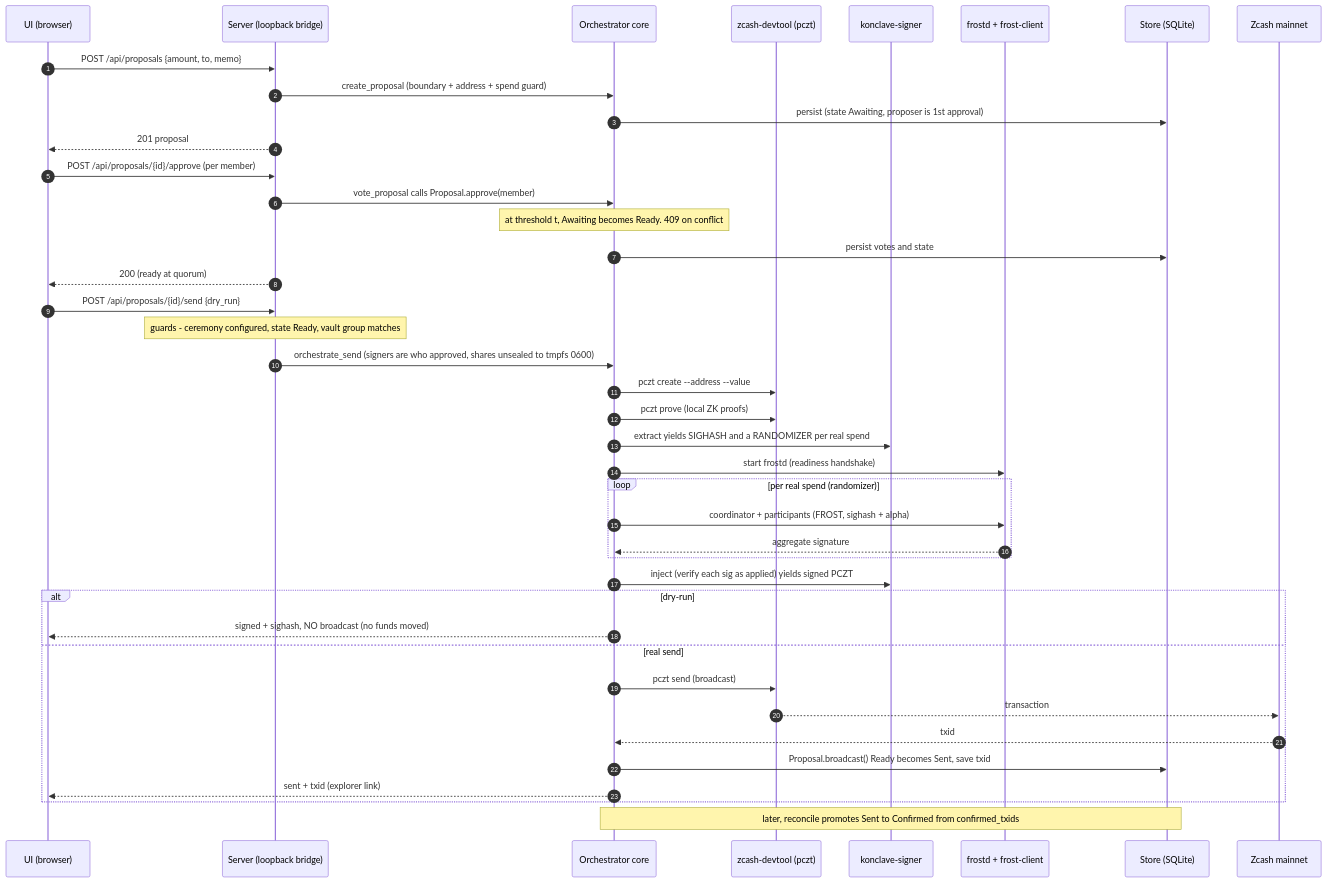
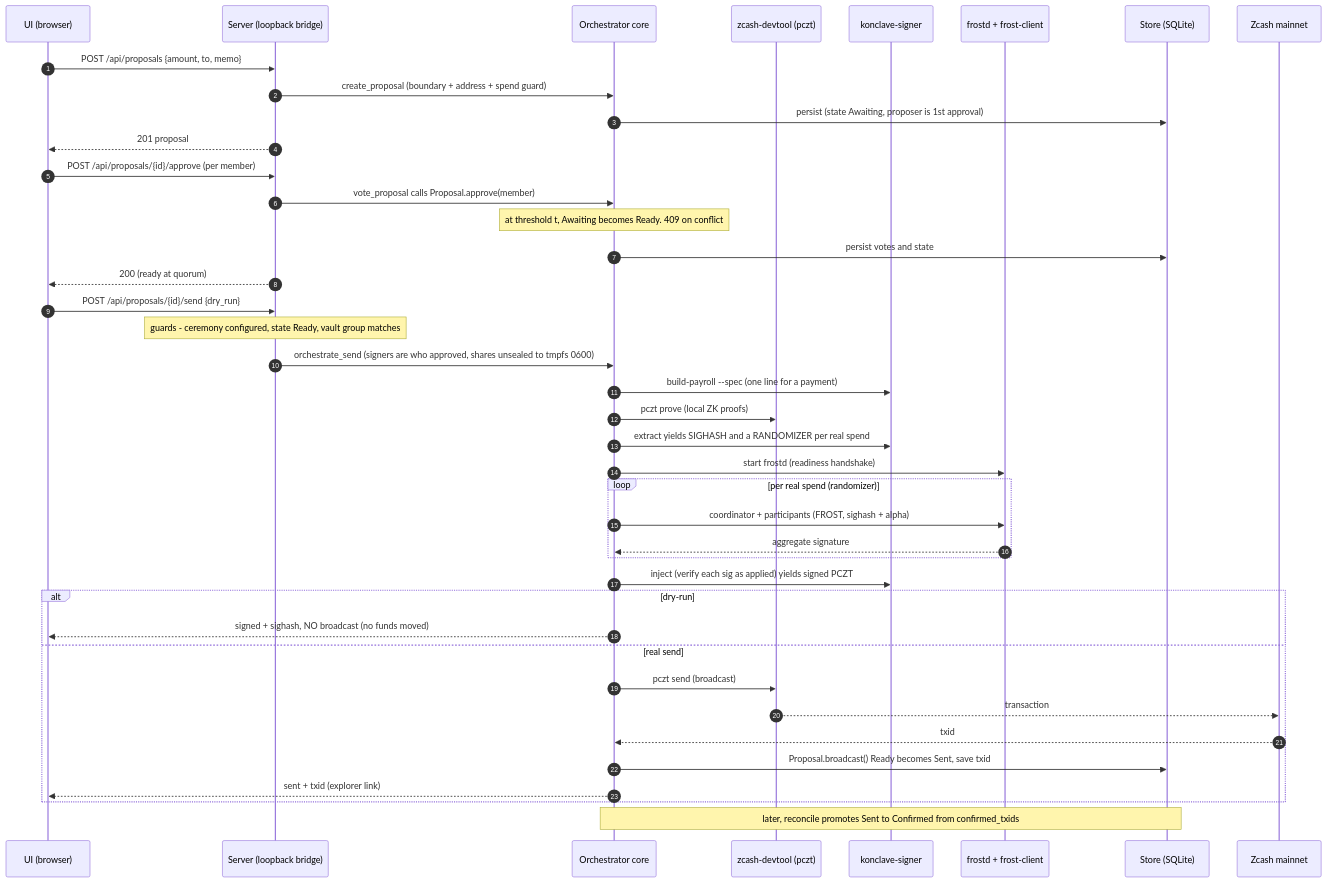
The fourth of 7 diagrams in docs/GUIDE.md (deegalabs/konclave), drawn with Mermaid before and after one commit. The commit also changed other lines of this file and 9 other files, not shown here.

````diff
--- a/docs/GUIDE.md
+++ b/docs/GUIDE.md
@@ -451,46 +451,46 @@
 ```mermaid
 sequenceDiagram
     autonumber
     participant U as UI (browser)
     participant S as Server (loopback bridge)
     participant O as Orchestrator core
     participant DT as zcash-devtool (pczt)
     participant KS as konclave-signer
     participant FD as frostd + frost-client
     participant DB as Store (SQLite)
     participant Z as Zcash mainnet
 
     U->>S: POST /api/proposals {amount, to, memo}
     S->>O: create_proposal (boundary + address + spend guard)
     O->>DB: persist (state Awaiting, proposer is 1st approval)
     S-->>U: 201 proposal
 
     U->>S: POST /api/proposals/{id}/approve (per member)
     S->>O: vote_proposal calls Proposal.approve(member)
     Note over O: at threshold t, Awaiting becomes Ready. 409 on conflict
     O->>DB: persist votes and state
     S-->>U: 200 (ready at quorum)
 
     U->>S: POST /api/proposals/{id}/send {dry_run}
     Note over S: guards - ceremony configured, state Ready, vault group matches
     S->>O: orchestrate_send (signers are who approved, shares unsealed to tmpfs 0600)
-    O->>DT: pczt create --address --value
+    O->>KS: build-payroll --spec (one line for a payment)
     O->>DT: pczt prove (local ZK proofs)
     O->>KS: extract yields SIGHASH and a RANDOMIZER per real spend
     O->>FD: start frostd (readiness handshake)
     loop per real spend (randomizer)
         O->>FD: coordinator + participants (FROST, sighash + alpha)
         FD-->>O: aggregate signature
     end
     O->>KS: inject (verify each sig as applied) yields signed PCZT
     alt dry-run
         O-->>U: signed + sighash, NO broadcast (no funds moved)
     else real send
         O->>DT: pczt send (broadcast)
         DT-->>Z: transaction
         Z-->>O: txid
         O->>DB: Proposal.broadcast() Ready becomes Sent, save txid
         O-->>U: sent + txid (explorer link)
     end
     Note over O,DB: later, reconcile promotes Sent to Confirmed from confirmed_txids
 ```
````
